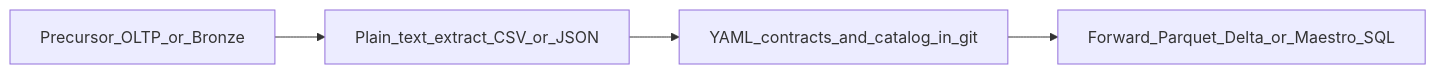
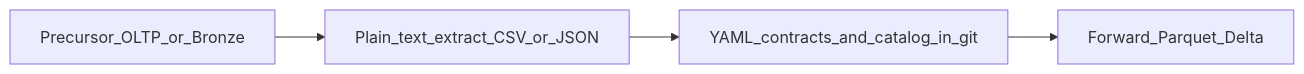
The first of 2 diagrams in docs/governed-data.md (Ambient-Team/ambient-core), drawn with Mermaid before and after one commit. The commit also changed other lines of this file and 89 other files, not shown here.

````diff
--- a/docs/governed-data.md
+++ b/docs/governed-data.md
@@ -15,8 +15,8 @@
 ```mermaid
 flowchart LR
   precursor[Precursor_OLTP_or_Bronze]
   extract[Plain_text_extract_CSV_or_JSON]
   yaml[YAML_contracts_and_catalog_in_git]
-  forward[Forward_Parquet_Delta_or_Maestro_SQL]
+  forward[Forward_Parquet_Delta]
   precursor --> extract --> yaml --> forward
 ```
````
